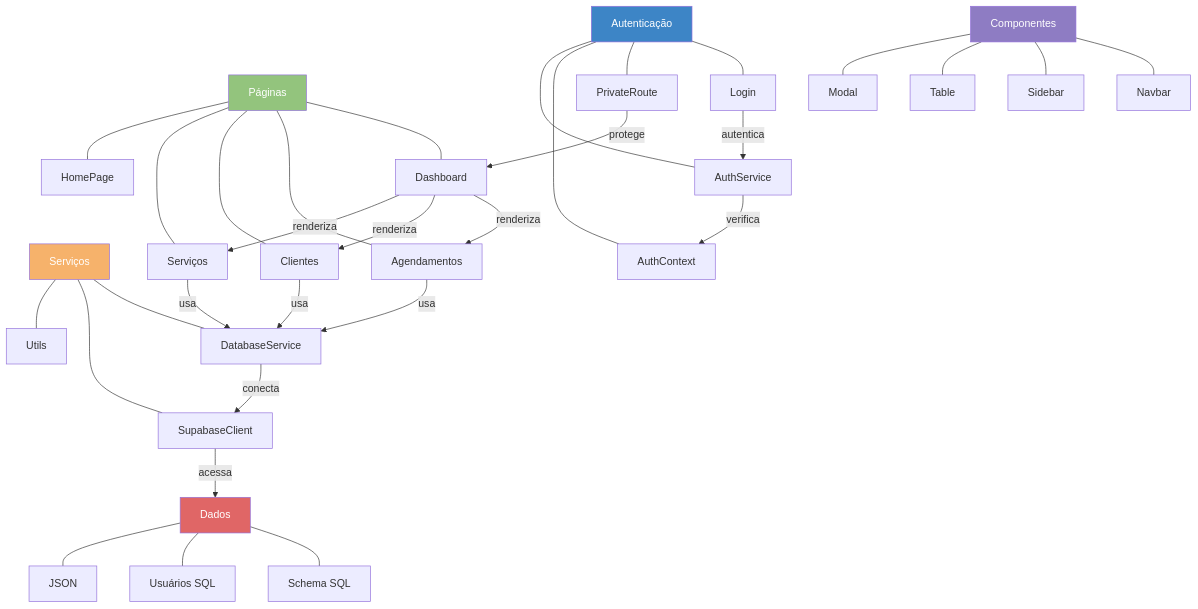
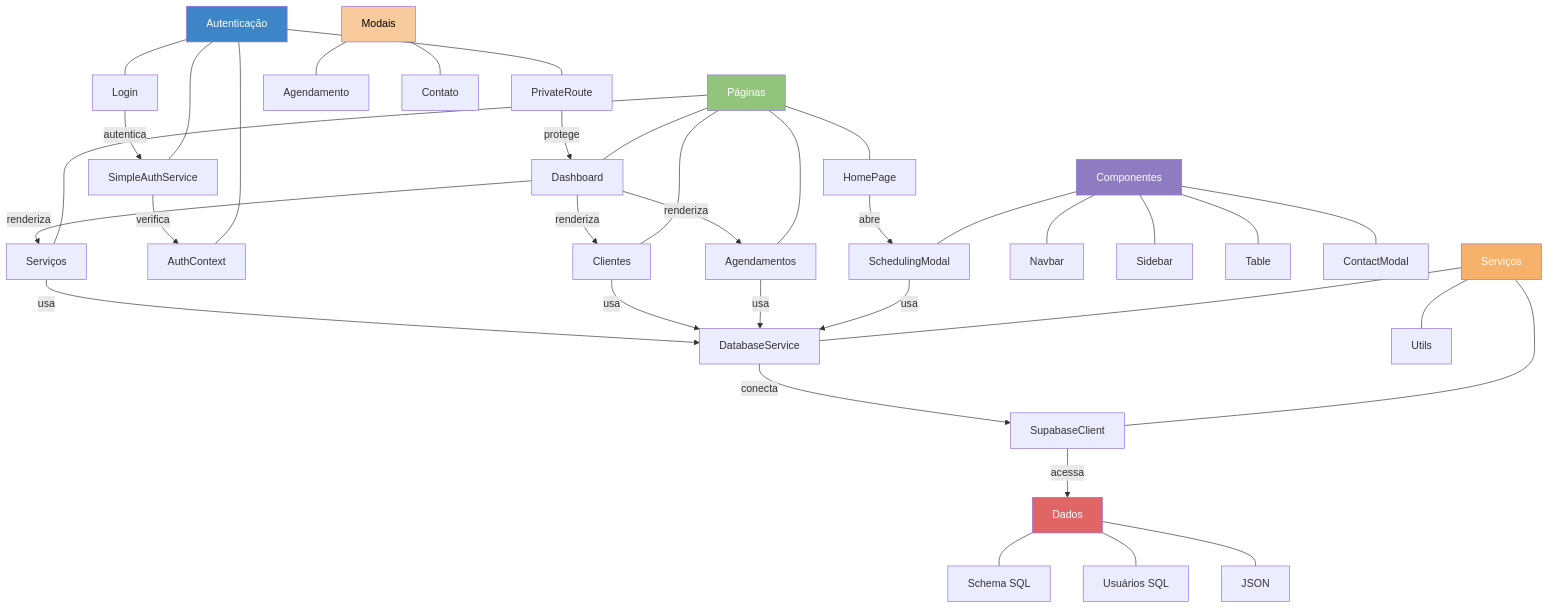
One commit to cold-tech/coldtech changed the diagram in README.md. Above: the diagram before and after it, drawn with Mermaid. The commit also changed other lines of this file and 9 other files, not shown here.

````diff
--- a/README.md
+++ b/README.md
@@ -69,46 +108,53 @@
 ```mermaid
 flowchart TD
     style A fill:#3d85c6, color:white
     style P fill:#93c47d, color:white
     style S fill:#f6b26b, color:white
     style C fill:#8e7cc3, color:white
     style D fill:#e06666, color:white
+    style M fill:#f9cb9c, color:black
 
     %% Camadas da Aplicação
     A[Autenticação] --- AL[Login]
     A --- AP[PrivateRoute]
     A --- AC[AuthContext]
-    A --- AS[AuthService]
+    A --- AS[SimpleAuthService]
 
     P[Páginas] --- PD[Dashboard]
     P --- PA[Agendamentos]
     P --- PC[Clientes]
     P --- PS[Serviços]
     P --- PH[HomePage]
 
     C[Componentes] --- CN[Navbar]
     C --- CS[Sidebar]
     C --- CT[Table]
-    C --- CM[Modal]
+    C --- CM[ContactModal]
+    C --- CSM[SchedulingModal]
 
     S[Serviços] --- SD[DatabaseService]
     S --- SS[SupabaseClient]
     S --- SU[Utils]
 
     D[Dados] --- DS[Schema SQL]
     D --- DU[Usuários SQL]
     D --- DJ[JSON]
 
+    M[Modais] --- MA[Agendamento]
+    M --- MC[Contato]
+
     %% Fluxo de Dados
     AL -->|autentica| AS
     AS -->|verifica| AC
     AP -->|protege| PD
     PD -->|renderiza| PA
     PD -->|renderiza| PC
     PD -->|renderiza| PS
+    PH -->|abre| CSM
+    CSM -->|usa| SD
     PA -->|usa| SD
     PC -->|usa| SD
     PS -->|usa| SD
     SD -->|conecta| SS
     SS -->|acessa| D
 ```
````
